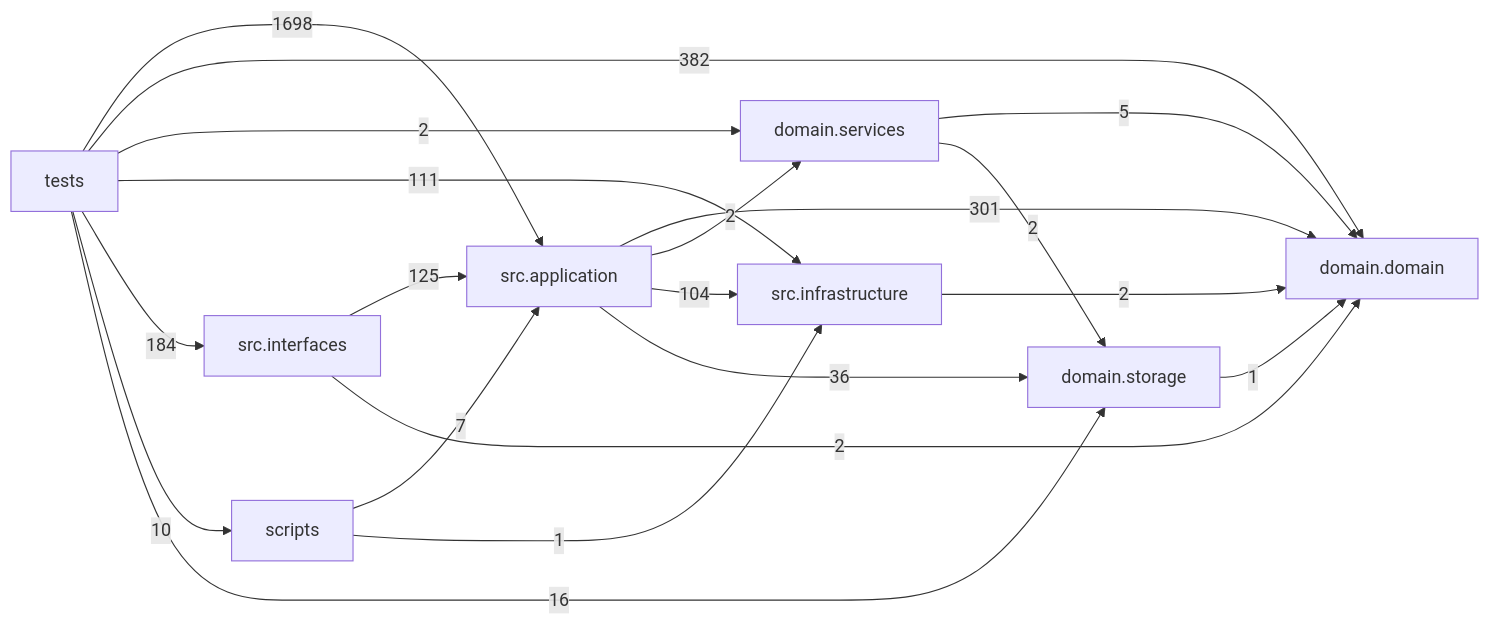
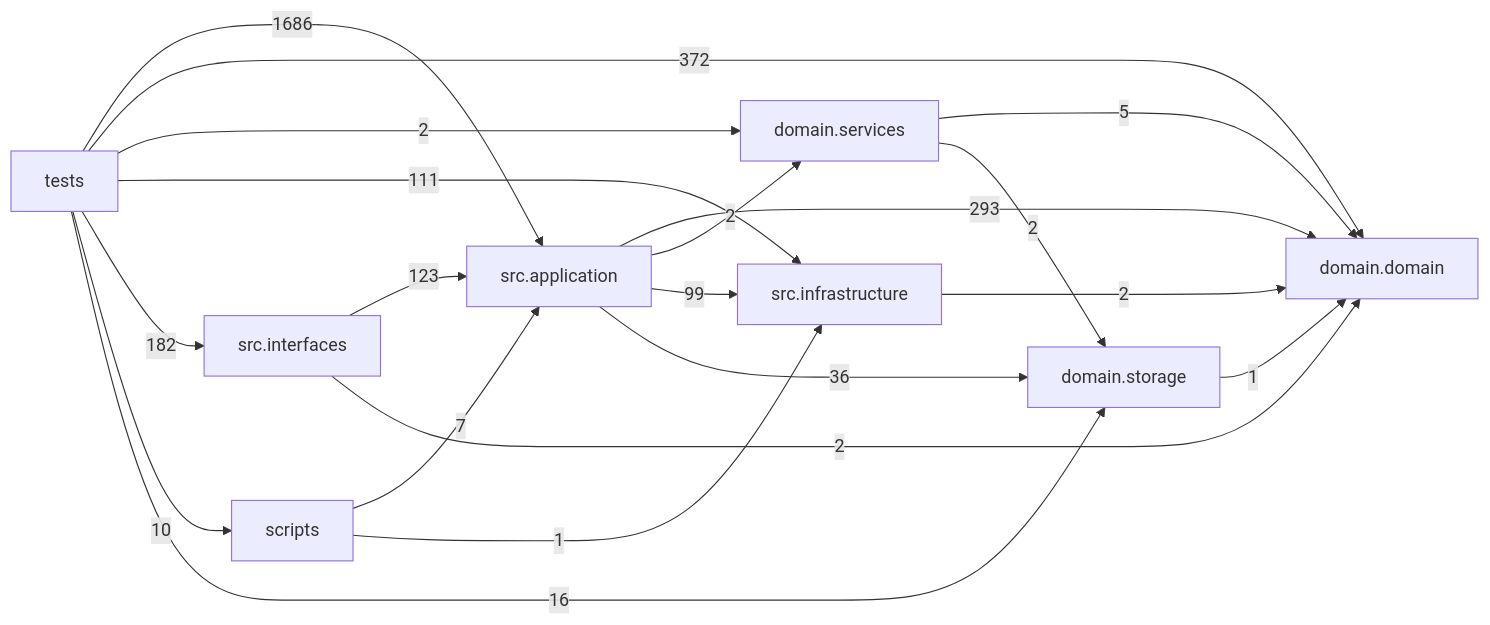
The diagram in docs/DEPENDENCY_GRAPH.md (liuxie066/options-monitor), drawn with Mermaid before and after one commit. The commit also changed other lines of this file and 46 other files, not shown here.

````diff
--- a/docs/DEPENDENCY_GRAPH.md
+++ b/docs/DEPENDENCY_GRAPH.md
@@ -24,30 +24,30 @@
 ```mermaid
 flowchart LR
   tests["tests"]
   scripts["scripts"]
   interfaces["src.interfaces"]
   application["src.application"]
   infrastructure["src.infrastructure"]
   domain_services["domain.services"]
   domain["domain.domain"]
   storage["domain.storage"]
-  application -->|301| domain
+  application -->|293| domain
   application -->|2| domain_services
-  application -->|104| infrastructure
+  application -->|99| infrastructure
   application -->|36| storage
   domain_services -->|5| domain
   domain_services -->|2| storage
   infrastructure -->|2| domain
-  interfaces -->|125| application
+  interfaces -->|123| application
   interfaces -->|2| domain
   scripts -->|7| application
   scripts -->|1| infrastructure
   storage -->|1| domain
-  tests -->|1698| application
-  tests -->|382| domain
+  tests -->|1686| application
+  tests -->|372| domain
   tests -->|2| domain_services
   tests -->|111| infrastructure
-  tests -->|184| interfaces
+  tests -->|182| interfaces
   tests -->|10| scripts
   tests -->|16| storage
 ```
````
